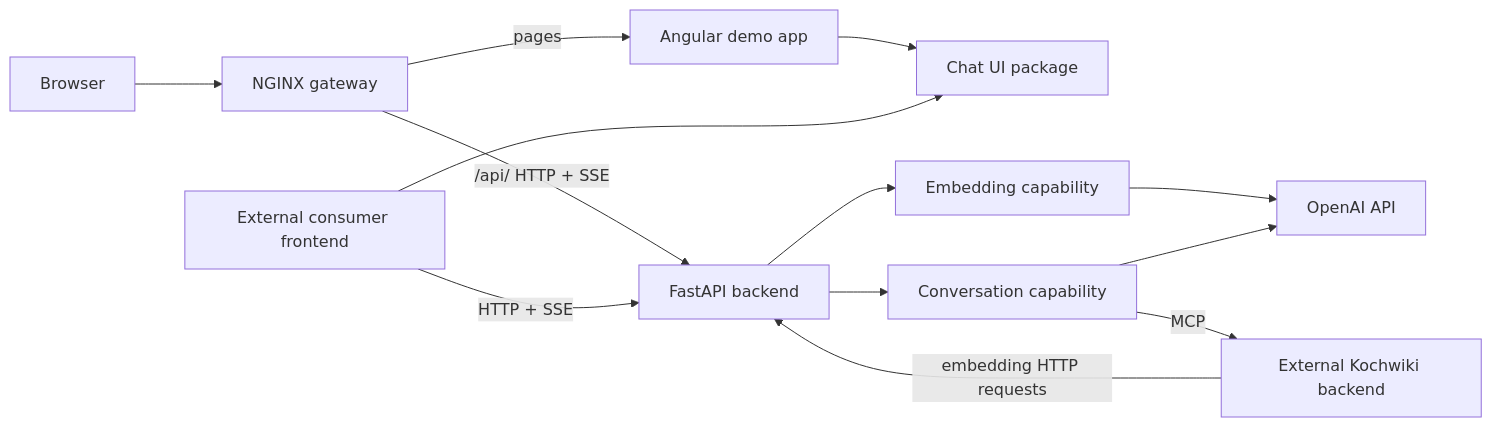
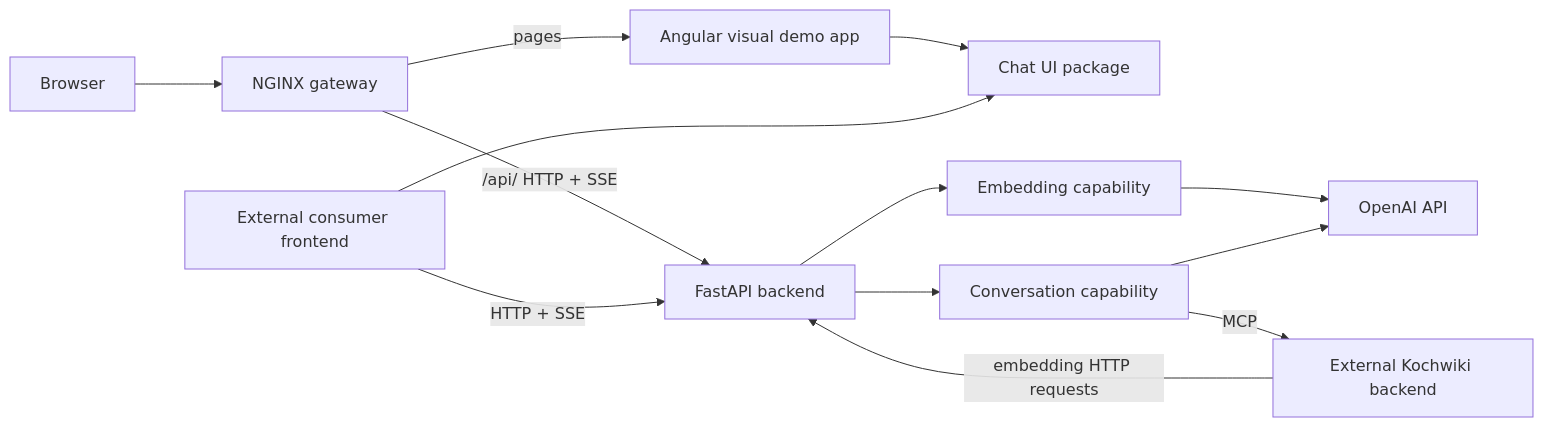
One commit to roithme0/ai-service changed the diagram in docs/navigation.md. Above: the diagram before and after it, drawn with Mermaid. The commit also changed other lines of this file and 19 other files, not shown here.

````diff
--- a/docs/navigation.md
+++ b/docs/navigation.md
@@ -7,15 +7,15 @@
 ```mermaid
 flowchart LR
     Browser --> Gateway[NGINX gateway]
-    Gateway -->|pages| Frontend[Angular demo app]
+    Gateway -->|pages| Frontend[Angular visual demo app]
     Gateway -->|/api/ HTTP + SSE| Backend[FastAPI backend]
     Frontend --> ChatUI[Chat UI package]
     Consumer[External consumer frontend] --> ChatUI
     Consumer -->|HTTP + SSE| Backend
     Backend --> Conversations[Conversation capability]
     Kochwiki -->|embedding HTTP requests| Backend
     Backend --> Embeddings[Embedding capability]
     Embeddings --> OpenAI
     Conversations --> OpenAI[OpenAI API]
     Conversations -->|MCP| Kochwiki[External Kochwiki backend]
 ```
````
